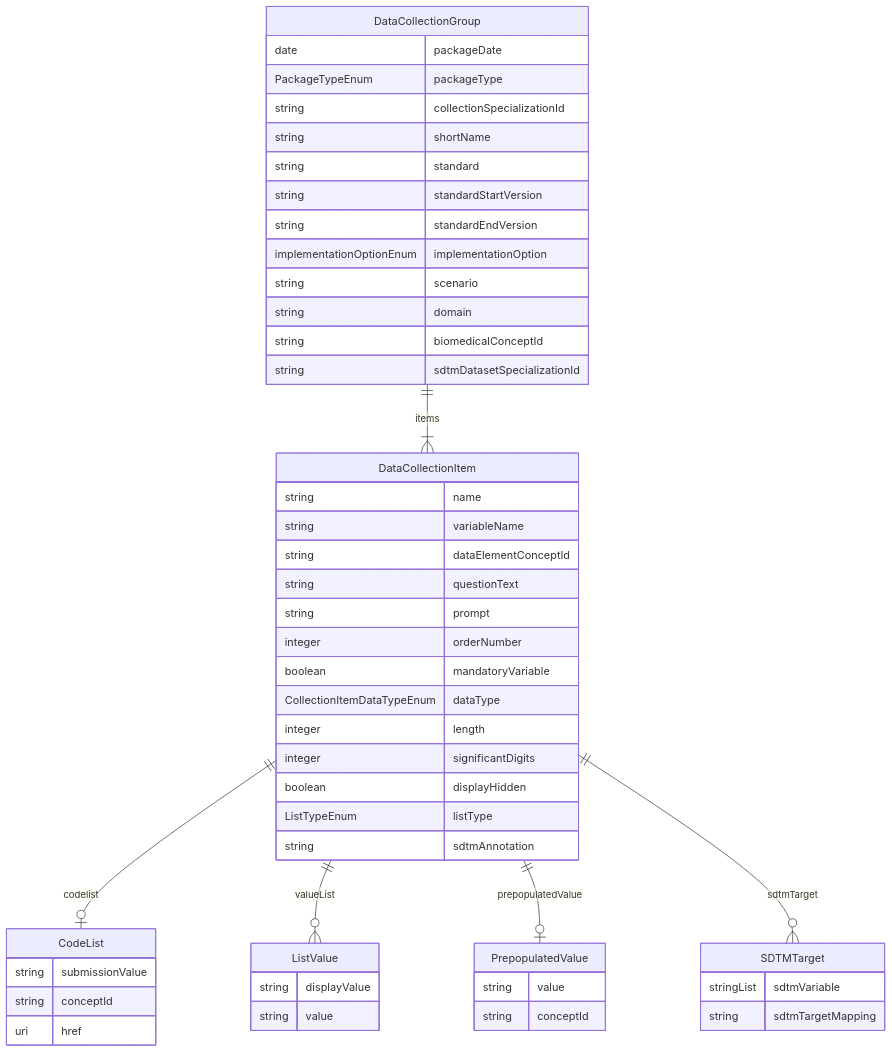
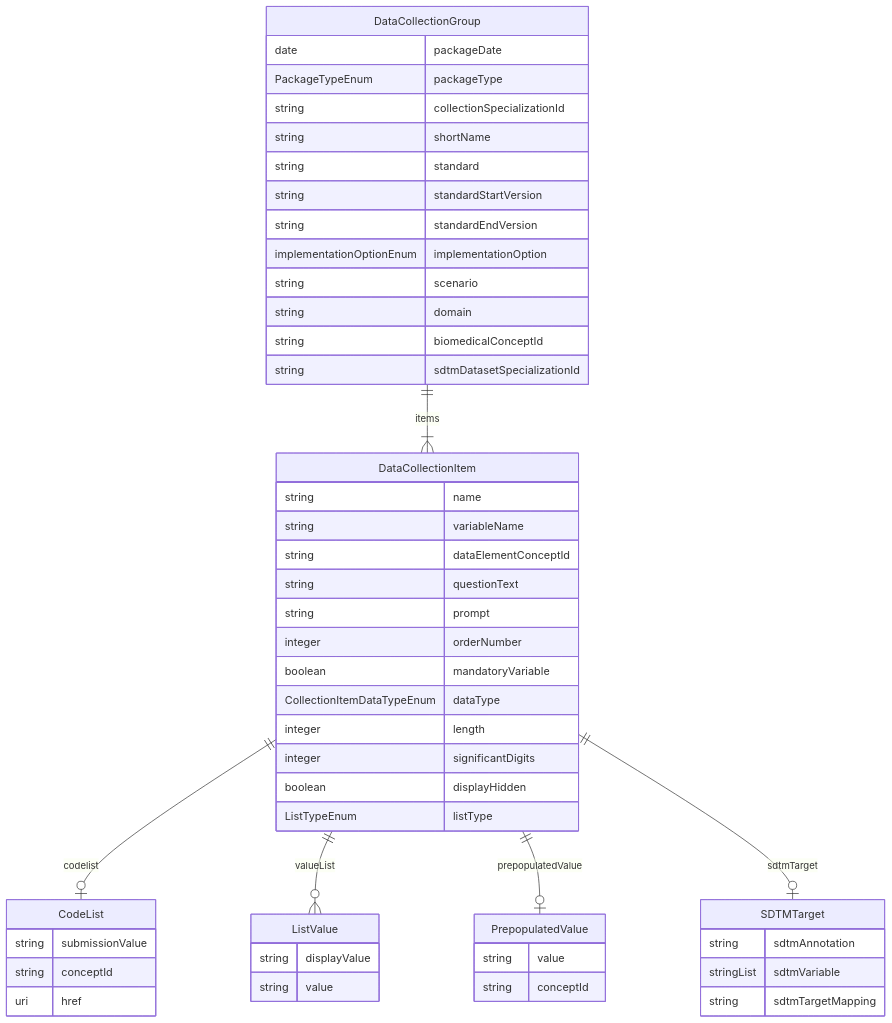
The diagram in model/cosmos_collection_bc_model.md (cdisc-org/COSMoS), drawn with Mermaid before and after one commit. The commit also changed 23 other files, not shown here.

Commit message:
update data collection model

````diff
--- a/model/cosmos_collection_bc_model.md
+++ b/model/cosmos_collection_bc_model.md
@@ -1,56 +1,56 @@
 ```mermaid
 erDiagram
 DataCollectionGroup {
     date packageDate  
     PackageTypeEnum packageType  
     string collectionSpecializationId  
     string shortName  
     string standard  
     string standardStartVersion  
     string standardEndVersion  
     implementationOptionEnum implementationOption  
     string scenario  
     string domain  
     string biomedicalConceptId  
     string sdtmDatasetSpecializationId  
 }
 DataCollectionItem {
     string name  
     string variableName  
     string dataElementConceptId  
     string questionText  
     string prompt  
     integer orderNumber  
     boolean mandatoryVariable  
     CollectionItemDataTypeEnum dataType  
     integer length  
     integer significantDigits  
     boolean displayHidden  
     ListTypeEnum listType  
-    string sdtmAnnotation  
 }
 ListValue {
     string displayValue  
     string value  
 }
 PrepopulatedValue {
     string value  
     string conceptId  
 }
 CodeList {
     string submissionValue  
     string conceptId  
     uri href  
 }
 SDTMTarget {
+    string sdtmAnnotation  
     stringList sdtmVariable  
     string sdtmTargetMapping  
 }
 
 DataCollectionGroup ||--}| DataCollectionItem : "items"
 DataCollectionItem ||--|o CodeList : "codelist"
 DataCollectionItem ||--}o ListValue : "valueList"
 DataCollectionItem ||--|o PrepopulatedValue : "prepopulatedValue"
-DataCollectionItem ||--}o SDTMTarget : "sdtmTarget"
+DataCollectionItem ||--|o SDTMTarget : "sdtmTarget"
 
 ```
````
